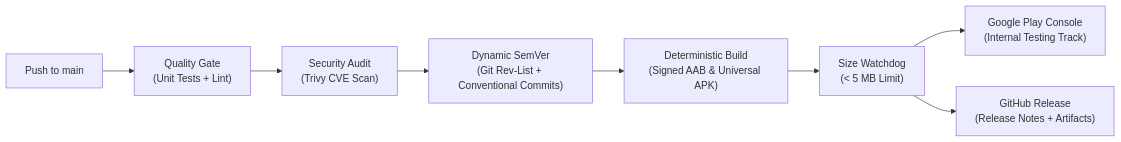
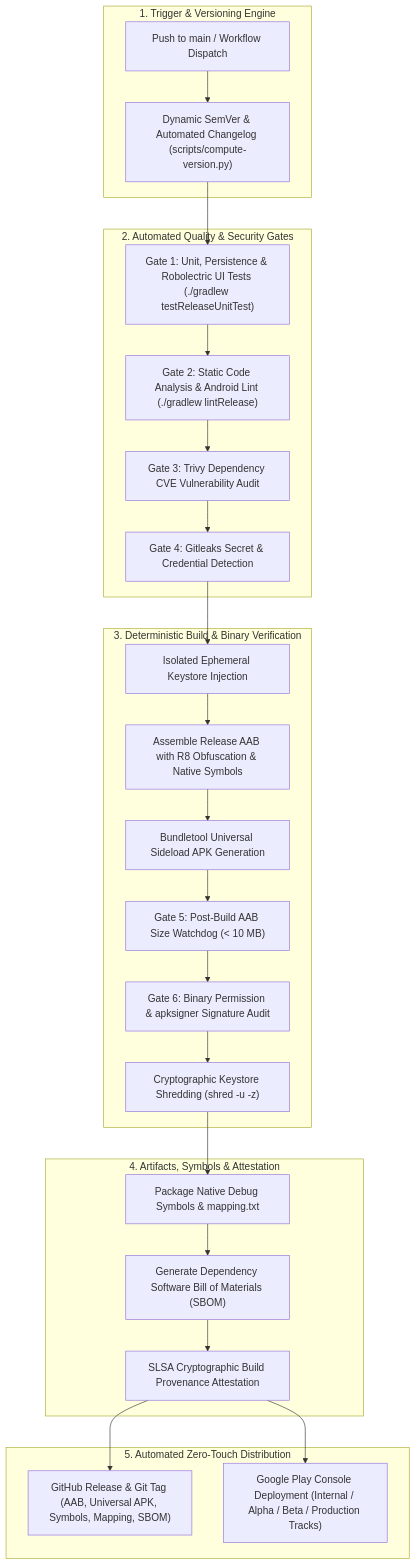
Before and after one commit to PixelabsDev/Calculator: the diagram in README.md, drawn with Mermaid. The commit also changed other lines of this file, not shown here.

Commit message:
docs(readme): update end-to-end CI/CD pipeline flowchart & enterprise quality gates

````diff
--- a/README.md
+++ b/README.md
@@ -91,10 +94,40 @@
 ```mermaid
-flowchart LR
-    A["Push to main"] --> B["Quality Gate\n(Unit Tests + Lint)"]
-    B --> C["Security Audit\n(Trivy CVE Scan)"]
-    C --> D["Dynamic SemVer\n(Git Rev-List + Conventional Commits)"]
-    D --> E["Deterministic Build\n(Signed AAB & Universal APK)"]
-    E --> F["Size Watchdog\n(< 5 MB Limit)"]
-    F --> G["Google Play Console\n(Internal Testing Track)"]
-    F --> H["GitHub Release\n(Release Notes + Artifacts)"]
+flowchart TD
+    subgraph Trigger["1. Trigger & Versioning Engine"]
+        A["Push to main / Workflow Dispatch"]
+        B["Dynamic SemVer & Automated Changelog (scripts/compute-version.py)"]
+        A --> B
+    end
+
+    subgraph QualityGates["2. Automated Quality & Security Gates"]
+        C1["Gate 1: Unit, Persistence & Robolectric UI Tests (./gradlew testReleaseUnitTest)"]
+        C2["Gate 2: Static Code Analysis & Android Lint (./gradlew lintRelease)"]
+        C3["Gate 3: Trivy Dependency CVE Vulnerability Audit"]
+        C4["Gate 4: Gitleaks Secret & Credential Detection"]
+        B --> C1 --> C2 --> C3 --> C4
+    end
+
+    subgraph BuildEngine["3. Deterministic Build & Binary Verification"]
+        D1["Isolated Ephemeral Keystore Injection"]
+        D2["Assemble Release AAB with R8 Obfuscation & Native Symbols"]
+        D3["Bundletool Universal Sideload APK Generation"]
+        D4["Gate 5: Post-Build AAB Size Watchdog (< 10 MB)"]
+        D5["Gate 6: Binary Permission & apksigner Signature Audit"]
+        D6["Cryptographic Keystore Shredding (shred -u -z)"]
+        C4 --> D1 --> D2 --> D3 --> D4 --> D5 --> D6
+    end
+
+    subgraph ComplianceSymbols["4. Artifacts, Symbols & Attestation"]
+        E1["Package Native Debug Symbols & mapping.txt"]
+        E2["Generate Dependency Software Bill of Materials (SBOM)"]
+        E3["SLSA Cryptographic Build Provenance Attestation"]
+        D6 --> E1 --> E2 --> E3
+    end
+
+    subgraph Distribution["5. Automated Zero-Touch Distribution"]
+        F1["GitHub Release & Git Tag (AAB, Universal APK, Symbols, Mapping, SBOM)"]
+        F2["Google Play Console Deployment (Internal / Alpha / Beta / Production Tracks)"]
+        E3 --> F1
+        E3 --> F2
+    end
 ```
````
